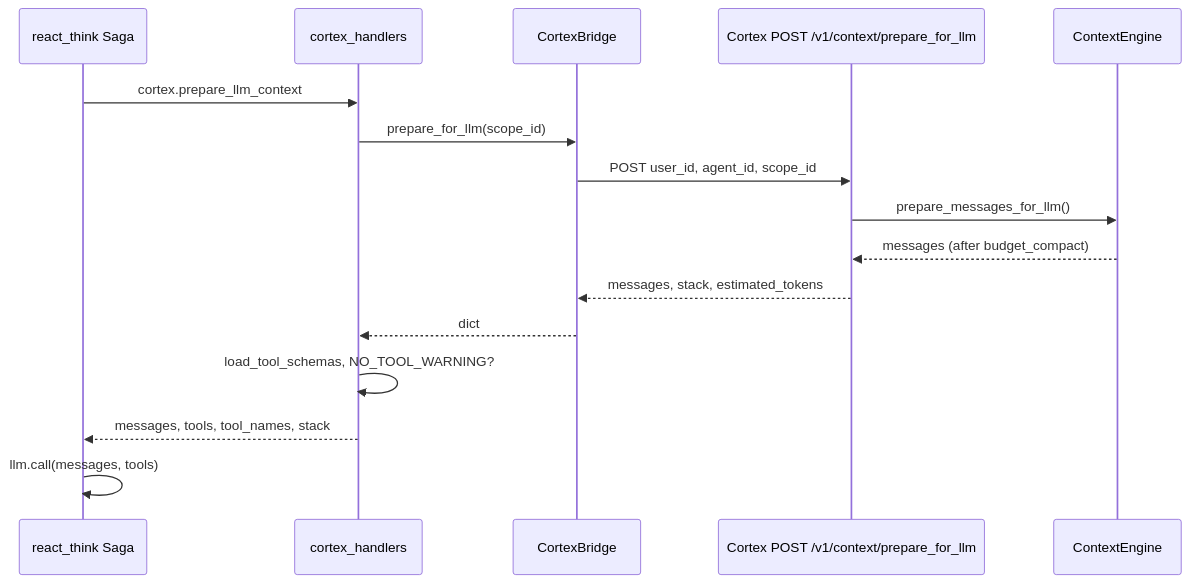
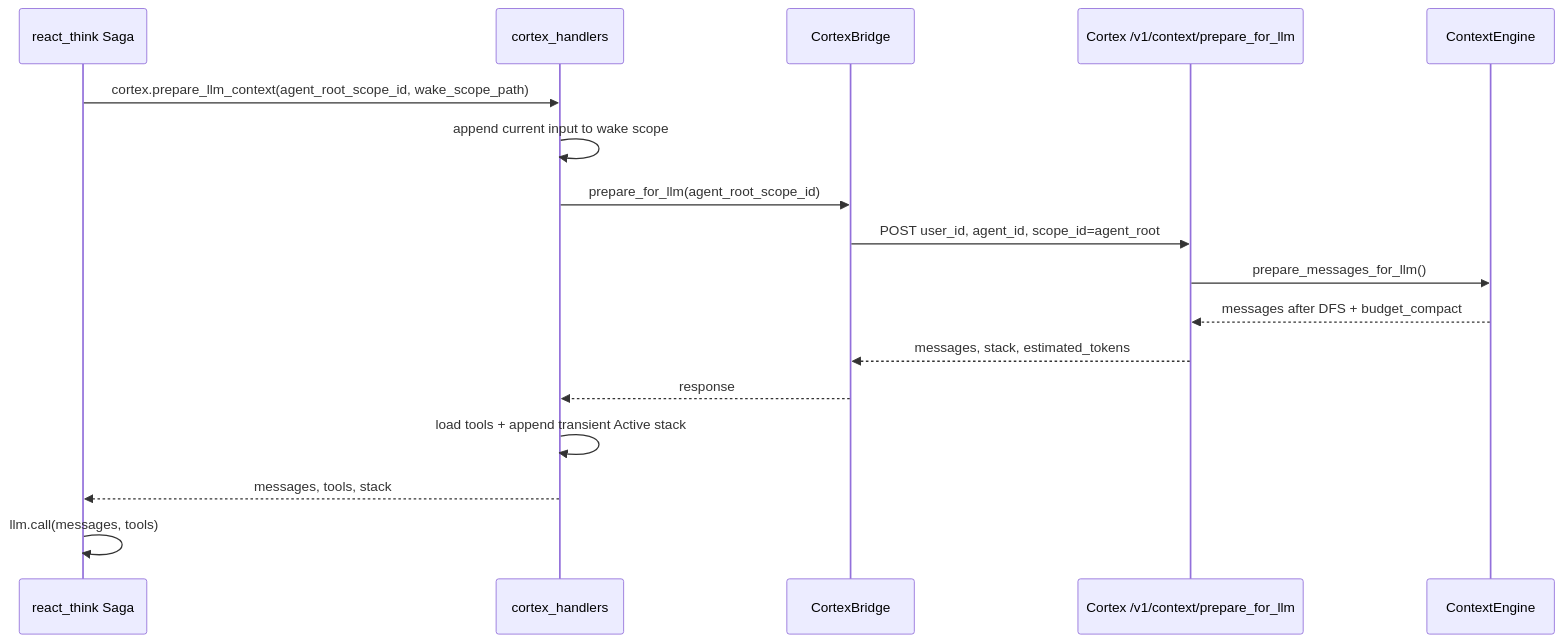
Before and after one commit to chriswangcq/novaic: the diagram in docs/cortex/agent-runtime-cortex-call-chain.md, drawn with Mermaid. The commit also changed other lines of this file and 47 other files, not shown here.

````diff
--- a/docs/cortex/agent-runtime-cortex-call-chain.md
+++ b/docs/cortex/agent-runtime-cortex-call-chain.md
@@ -84,19 +75,20 @@
 ```mermaid
 sequenceDiagram
     participant Saga as react_think Saga
     participant H as cortex_handlers
     participant B as CortexBridge
-    participant API as Cortex POST /v1/context/prepare_for_llm
+    participant API as Cortex /v1/context/prepare_for_llm
     participant E as ContextEngine
 
-    Saga->>H: cortex.prepare_llm_context
-    H->>B: prepare_for_llm(scope_id)
-    B->>API: POST user_id, agent_id, scope_id
+    Saga->>H: cortex.prepare_llm_context(agent_root_scope_id, wake_scope_path)
+    H->>H: append current input to wake scope
+    H->>B: prepare_for_llm(agent_root_scope_id)
+    B->>API: POST user_id, agent_id, scope_id=agent_root
     API->>E: prepare_messages_for_llm()
-    E-->>API: messages (after budget_compact)
+    E-->>API: messages after DFS + budget_compact
     API-->>B: messages, stack, estimated_tokens
-    B-->>H: dict
-    H->>H: load_tool_schemas, NO_TOOL_WARNING?
-    H-->>Saga: messages, tools, tool_names, stack
+    B-->>H: response
+    H->>H: load tools + append transient Active stack
+    H-->>Saga: messages, tools, stack
     Saga->>Saga: llm.call(messages, tools)
 ```
````
